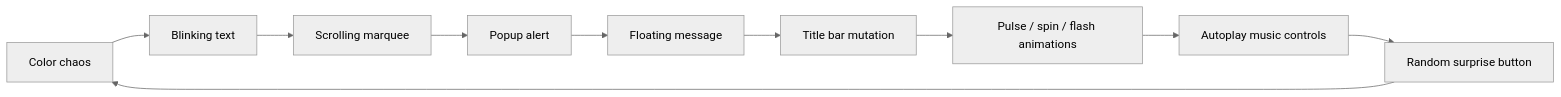
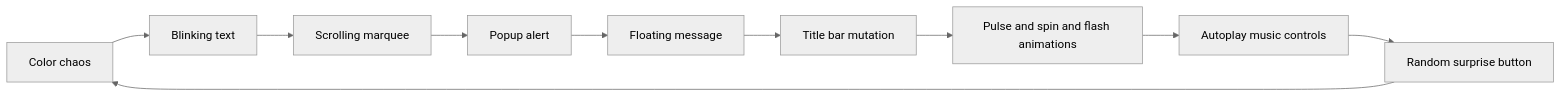
Before and after one commit to sarang-cmd/best-website-hosted-on-earth: the fourth of 4 diagrams in README.md, drawn with Mermaid (neutral theme). The commit also changed other lines of this file, not shown here.

````diff
--- a/README.md
+++ b/README.md
@@ -433,12 +724,12 @@
 ```mermaid
 flowchart LR
     A[Color chaos] --> B[Blinking text]
     B --> C[Scrolling marquee]
     C --> D[Popup alert]
     D --> E[Floating message]
     E --> F[Title bar mutation]
-    F --> G[Pulse / spin / flash animations]
+    F --> G[Pulse and spin and flash animations]
     G --> H[Autoplay music controls]
     H --> I[Random surprise button]
     I --> A
 ```
````
